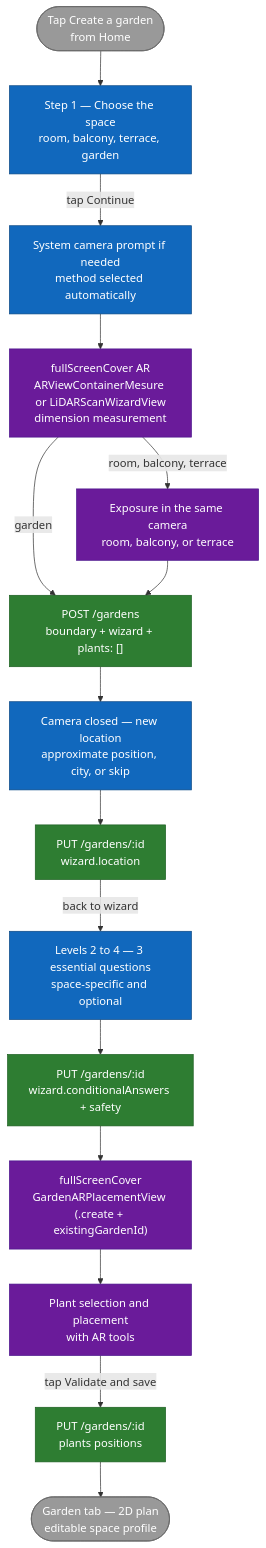
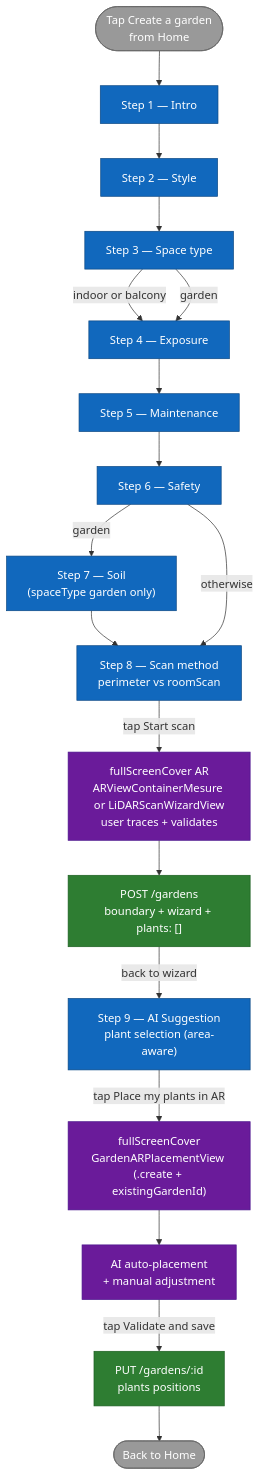
Before and after one commit to ArboreTeam/Arbore: the diagram in docs/en/flows/garden-creation.md, drawn with Mermaid. The commit also changed other lines of this file and 15 other files, not shown here.

First line of the commit message:
revert(ios): restore the previous garden wizard + suggestion scoring (#327)

````diff
--- a/docs/en/flows/garden-creation.md
+++ b/docs/en/flows/garden-creation.md
@@ -13,42 +13,47 @@
 ```mermaid
 flowchart TB
     start_node([Tap Create a garden<br/>from Home])
 
-    spaceType["Step 1 — Choose the space<br/>room, balcony, terrace, garden"]
-    permissions["System camera prompt if needed<br/>method selected automatically"]
-    trace_ar["fullScreenCover AR<br/>ARViewContainerMesure or LiDARScanWizardView<br/>dimension measurement"]
-    exposure["Exposure in the same camera<br/>room, balcony, or terrace"]
+    intro["Step 1 — Intro"]
+    style_step["Step 2 — Style"]
+    spaceType["Step 3 — Space type"]
+    exposure["Step 4 — Exposure"]
+    maintenance["Step 5 — Maintenance"]
+    safety["Step 6 — Safety"]
+    soil["Step 7 — Soil<br/>(spaceType garden only)"]
+    scan["Step 8 — Scan method<br/>perimeter vs roomScan"]
+
+    trace_ar["fullScreenCover AR<br/>ARViewContainerMesure or LiDARScanWizardView<br/>user traces + validates"]
     post_garden["POST /gardens<br/>boundary + wizard + plants: []"]
-    location["Camera closed — new location<br/>approximate position, city, or skip"]
-    update_garden["PUT /gardens/:id<br/>wizard.location"]
-    questions["Levels 2 to 4 — 3 essential questions<br/>space-specific and optional"]
-    update_constraints["PUT /gardens/:id<br/>wizard.conditionalAnswers + safety"]
+
+    ai["Step 9 — AI Suggestion<br/>plant selection (area-aware)"]
     placement["fullScreenCover<br/>GardenARPlacementView (.create + existingGardenId)"]
-    manual_place["Plant selection and placement<br/>with AR tools"]
+    auto_place["AI auto-placement<br/>+ manual adjustment"]
     put_garden["PUT /gardens/:id<br/>plants positions"]
 
-    plan2d([Garden tab — 2D plan<br/>editable space profile])
+    home([Back to Home])
 
-    start_node --> spaceType
-    spaceType -->|tap Continue| permissions
-    permissions --> trace_ar
-    trace_ar -->|room, balcony, terrace| exposure
-    trace_ar -->|garden| post_garden
-    exposure --> post_garden
-    post_garden --> location
-    location --> update_garden
-    update_garden -->|back to wizard| questions
-    questions --> update_constraints --> placement
-    placement --> manual_place
-    manual_place -->|tap Validate and save| put_garden
-    put_garden --> plan2d
+    start_node --> intro --> style_step --> spaceType
+    spaceType -->|indoor or balcony| exposure
+    spaceType -->|garden| exposure
+    exposure --> maintenance --> safety
+    safety -->|garden| soil --> scan
+    safety -->|otherwise| scan
+
+    scan -->|tap Start scan| trace_ar
+    trace_ar --> post_garden
+    post_garden -->|back to wizard| ai
+    ai -->|tap Place my plants in AR| placement
+    placement --> auto_place
+    auto_place -->|tap Validate and save| put_garden
+    put_garden --> home
 
     classDef step  fill:#1168BD,stroke:#0B4884,color:#fff
     classDef cond  fill:#2E7D32,stroke:#1B5E20,color:#fff
     classDef ar    fill:#6A1B9A,stroke:#4A148C,color:#fff
     classDef io    fill:#999,stroke:#666,color:#fff
-    class spaceType,permissions,location,questions step
-    class post_garden,update_garden,update_constraints,put_garden cond
-    class trace_ar,exposure,placement,manual_place ar
-    class start_node,plan2d io
+    class intro,style_step,spaceType,exposure,maintenance,safety,soil,scan,ai step
+    class post_garden,put_garden cond
+    class trace_ar,placement,auto_place ar
+    class start_node,home io
 ```
````
